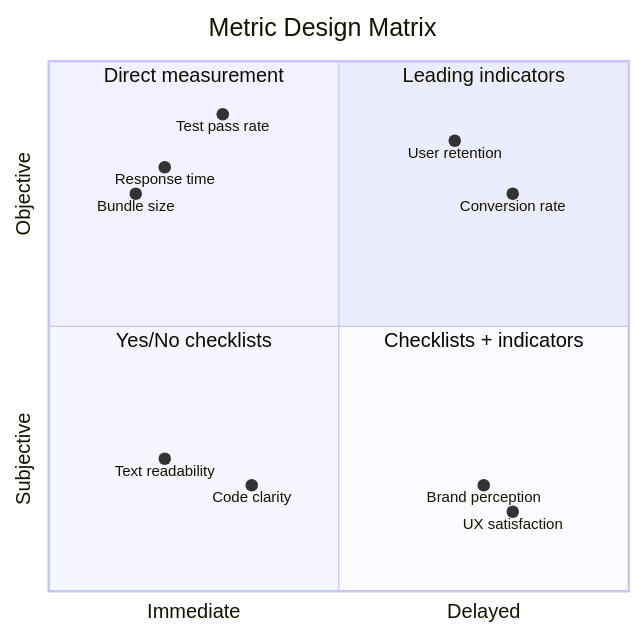
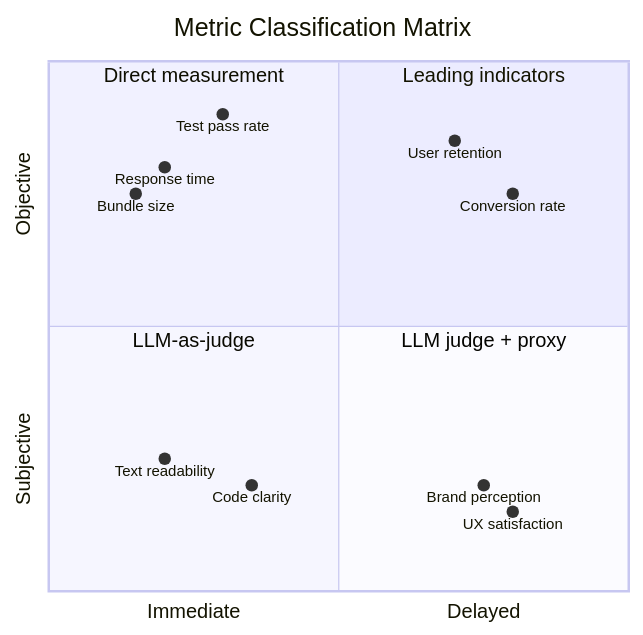
The diagram in README.md (Taehyeon-Kim/sindri), drawn with Mermaid before and after one commit. The commit also changed other lines of this file and 1 other file, not shown here.

Commit message:
docs: rename metric design matrix to classification matrix with LLM-as-judge labels
Avoid confusion with statistical design matrix. Replace vague "checklists"
quadrant labels with established "LLM-as-judge" terminology. Sync Korean
README with missing scheduled cycles and Claude Code commands sections.

````diff
--- a/README.md
+++ b/README.md
@@ -53,19 +54,19 @@
 ```mermaid
 quadrantChart
-    title Metric Design Matrix
+    title Metric Classification Matrix
     x-axis Immediate --> Delayed
     y-axis Subjective --> Objective
     quadrant-1 Leading indicators
     quadrant-2 Direct measurement
-    quadrant-3 Yes/No checklists
-    quadrant-4 Checklists + indicators
+    quadrant-3 LLM-as-judge
+    quadrant-4 LLM judge + proxy
     Response time: [0.2, 0.8]
     Test pass rate: [0.3, 0.9]
     Bundle size: [0.15, 0.75]
     User retention: [0.7, 0.85]
     Conversion rate: [0.8, 0.75]
     Text readability: [0.2, 0.25]
     Code clarity: [0.35, 0.2]
     Brand perception: [0.75, 0.2]
     UX satisfaction: [0.8, 0.15]
 ```
````
